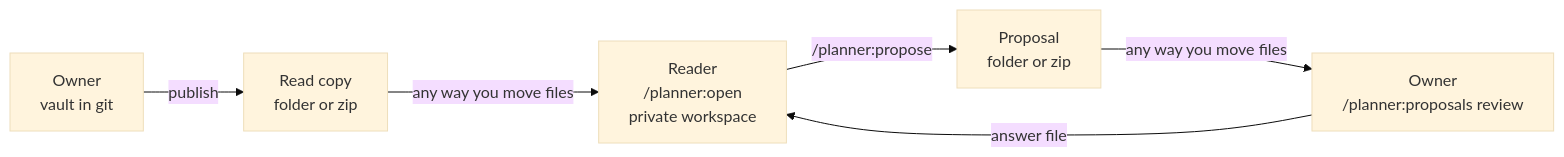
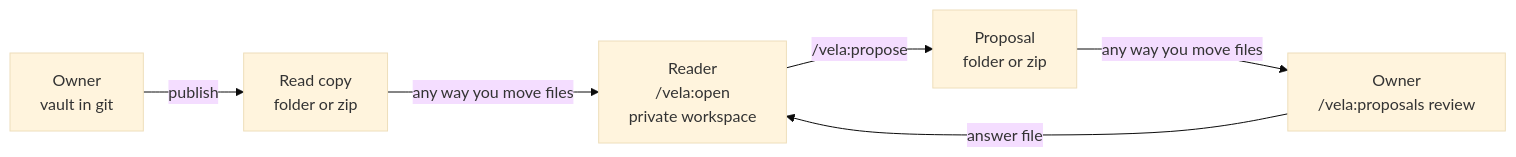
One commit to smalls257/vela changed the first of 2 diagrams in docs/GUIDE.md. Above: the diagram before and after it, drawn with Mermaid (base theme). The commit also changed other lines of this file and 1034 other files, not shown here.

````diff
--- a/docs/GUIDE.md
+++ b/docs/GUIDE.md
@@ -15,8 +15,8 @@
 ```mermaid
 flowchart LR
   O["Owner<br/>vault in git"] -->|publish| C["Read copy<br/>folder or zip"]
-  C -->|"any way you move files"| R["Reader<br/>/planner:open<br/>private workspace"]
-  R -->|"/planner:propose"| P["Proposal<br/>folder or zip"]
-  P -->|"any way you move files"| V["Owner<br/>/planner:proposals review"]
+  C -->|"any way you move files"| R["Reader<br/>/vela:open<br/>private workspace"]
+  R -->|"/vela:propose"| P["Proposal<br/>folder or zip"]
+  P -->|"any way you move files"| V["Owner<br/>/vela:proposals review"]
   V -->|"answer file"| R
 ```
````
